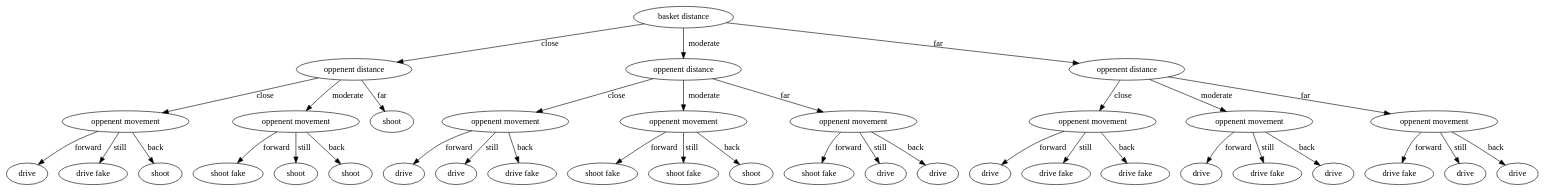
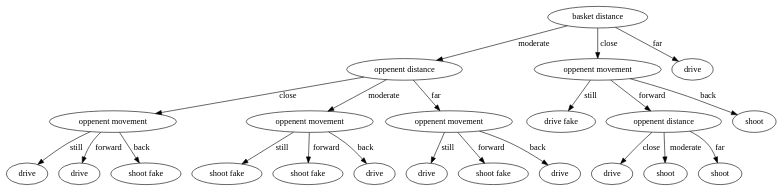
The diagram in tree.gv (DreamAndDead/decision-trees-example), drawn with Graphviz before and after one commit. The commit also changed 6 other files, not shown here.

```diff
--- a/tree.gv
+++ b/tree.gv
@@ -1,75 +1,45 @@
 digraph tree {
 	0 [label="basket distance"]
 	1 [label="oppenent distance"]
 	2 [label="oppenent movement"]
 	3 [label=drive]
-	2 -> 3 [label=forward]
-	4 [label="drive fake"]
-	2 -> 4 [label=still]
-	5 [label=shoot]
+	2 -> 3 [label=still]
+	4 [label=drive]
+	2 -> 4 [label=forward]
+	5 [label="shoot fake"]
 	2 -> 5 [label=back]
 	1 -> 2 [label=close]
 	6 [label="oppenent movement"]
 	7 [label="shoot fake"]
-	6 -> 7 [label=forward]
-	8 [label=shoot]
-	6 -> 8 [label=still]
-	9 [label=shoot]
+	6 -> 7 [label=still]
+	8 [label="shoot fake"]
+	6 -> 8 [label=forward]
+	9 [label=drive]
 	6 -> 9 [label=back]
 	1 -> 6 [label=moderate]
-	10 [label=shoot]
+	10 [label="oppenent movement"]
+	11 [label=drive]
+	10 -> 11 [label=still]
+	12 [label="shoot fake"]
+	10 -> 12 [label=forward]
+	13 [label=drive]
+	10 -> 13 [label=back]
 	1 -> 10 [label=far]
-	0 -> 1 [label=close]
-	11 [label="oppenent distance"]
-	12 [label="oppenent movement"]
-	13 [label=drive]
-	12 -> 13 [label=forward]
-	14 [label=drive]
-	12 -> 14 [label=still]
+	0 -> 1 [label=moderate]
+	14 [label="oppenent movement"]
 	15 [label="drive fake"]
-	12 -> 15 [label=back]
-	11 -> 12 [label=close]
-	16 [label="oppenent movement"]
-	17 [label="shoot fake"]
-	16 -> 17 [label=forward]
-	18 [label="shoot fake"]
-	16 -> 18 [label=still]
+	14 -> 15 [label=still]
+	16 [label="oppenent distance"]
+	17 [label=drive]
+	16 -> 17 [label=close]
+	18 [label=shoot]
+	16 -> 18 [label=moderate]
 	19 [label=shoot]
-	16 -> 19 [label=back]
-	11 -> 16 [label=moderate]
-	20 [label="oppenent movement"]
-	21 [label="shoot fake"]
-	20 -> 21 [label=forward]
-	22 [label=drive]
-	20 -> 22 [label=still]
-	23 [label=drive]
-	20 -> 23 [label=back]
-	11 -> 20 [label=far]
-	0 -> 11 [label=moderate]
-	24 [label="oppenent distance"]
-	25 [label="oppenent movement"]
-	26 [label=drive]
-	25 -> 26 [label=forward]
-	27 [label="drive fake"]
-	25 -> 27 [label=still]
-	28 [label="drive fake"]
-	25 -> 28 [label=back]
-	24 -> 25 [label=close]
-	29 [label="oppenent movement"]
-	30 [label=drive]
-	29 -> 30 [label=forward]
-	31 [label="drive fake"]
-	29 -> 31 [label=still]
-	32 [label=drive]
-	29 -> 32 [label=back]
-	24 -> 29 [label=moderate]
-	33 [label="oppenent movement"]
-	34 [label="drive fake"]
-	33 -> 34 [label=forward]
-	35 [label=drive]
-	33 -> 35 [label=still]
-	36 [label=drive]
-	33 -> 36 [label=back]
-	24 -> 33 [label=far]
-	0 -> 24 [label=far]
+	16 -> 19 [label=far]
+	14 -> 16 [label=forward]
+	20 [label=shoot]
+	14 -> 20 [label=back]
+	0 -> 14 [label=close]
+	21 [label=drive]
+	0 -> 21 [label=far]
 }
```
